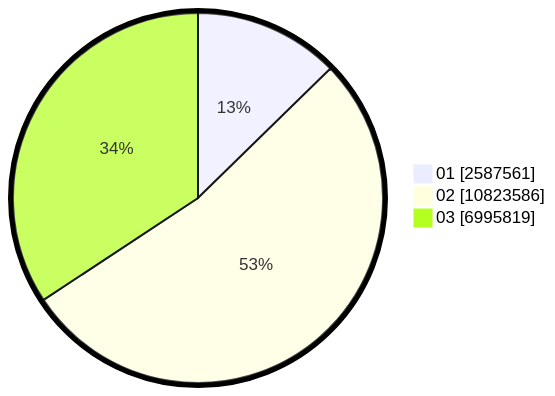
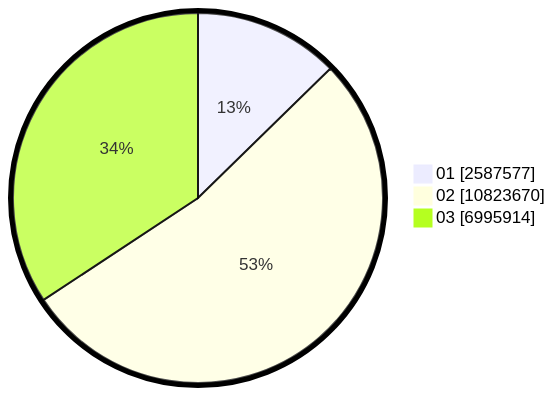
Before and after one commit to gigit-pemilu/pemilu-2024: the second of 2 diagrams in pilpres/hitung-suara/sub/table-wilayah-33.md, drawn with Mermaid. The commit also changed other lines of this file and 7 other files, not shown here.

````diff
--- a/pilpres/hitung-suara/sub/table-wilayah-33.md
+++ b/pilpres/hitung-suara/sub/table-wilayah-33.md
@@ -15,7 +15,7 @@
 ```mermaid
 %%{init: {"pie": {"textPosition": 0.5}, "themeVariables": {"pieOuterStrokeWidth": "5px"}} }%%
 pie showData
-    "01" : 2587561
-    "02" : 10823586
-    "03" : 6995819
+    "01" : 2587577
+    "02" : 10823670
+    "03" : 6995914
 ```
````
